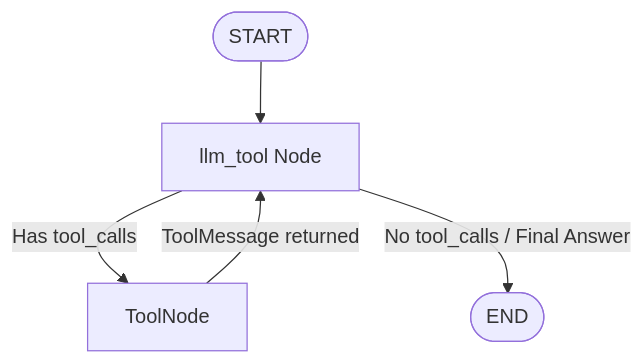
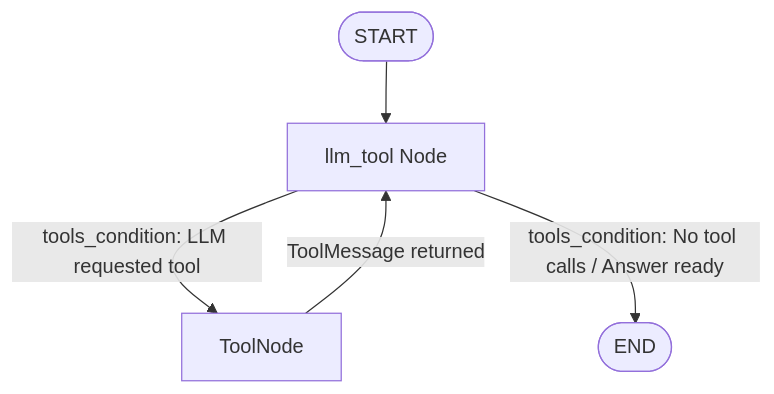
Before and after one commit to Shivanshvyas1729/Krish_naik_rag_notes2: the seventh of 8 diagrams in notes.md, drawn with Mermaid. The commit also changed other lines of this file and 4 other files, not shown here.

````diff
--- a/notes.md
+++ b/notes.md
@@ -450,7 +379,7 @@
 ```mermaid
 graph TD
     START([START]) --> llm_tool[llm_tool Node]
-    llm_tool -->|Has tool_calls| tools[ToolNode]
+    llm_tool -->|tools_condition: LLM requested tool| tools[ToolNode]
     tools -->|ToolMessage returned| llm_tool
-    llm_tool -->|No tool_calls / Final Answer| END([END])
+    llm_tool -->|tools_condition: No tool calls / Answer ready| END([END])
 ```
````
